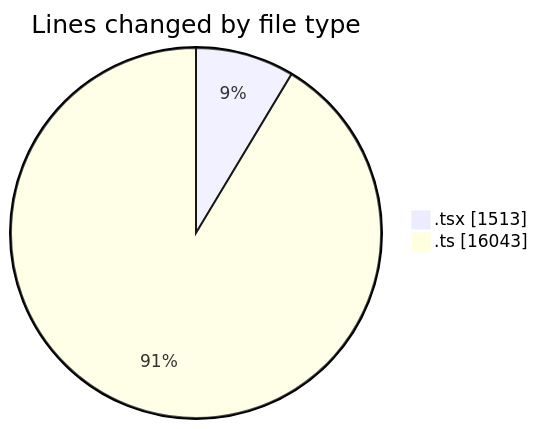
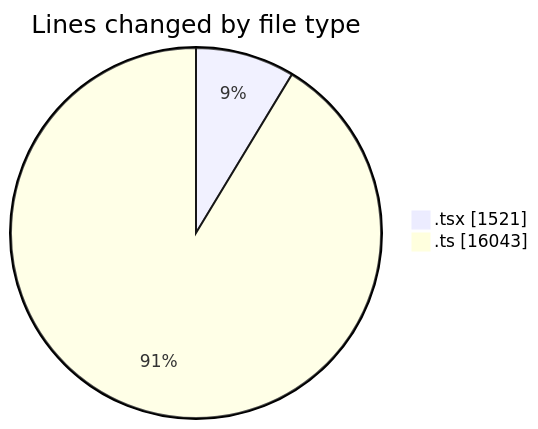
One commit to momahboobian/code-tracking changed the first of 2 diagrams in 2025-07-07/cda/README.md. Above: the diagram before and after it, drawn with Mermaid. The commit also changed other lines of this file and 1 other file, not shown here.

````diff
--- a/2025-07-07/cda/README.md
+++ b/2025-07-07/cda/README.md
@@ -26,6 +26,6 @@
 ```mermaid
 pie showData
 title Lines changed by file type
-".tsx" : 1513
+".tsx" : 1521
 ".ts" : 16043
 ```
````
